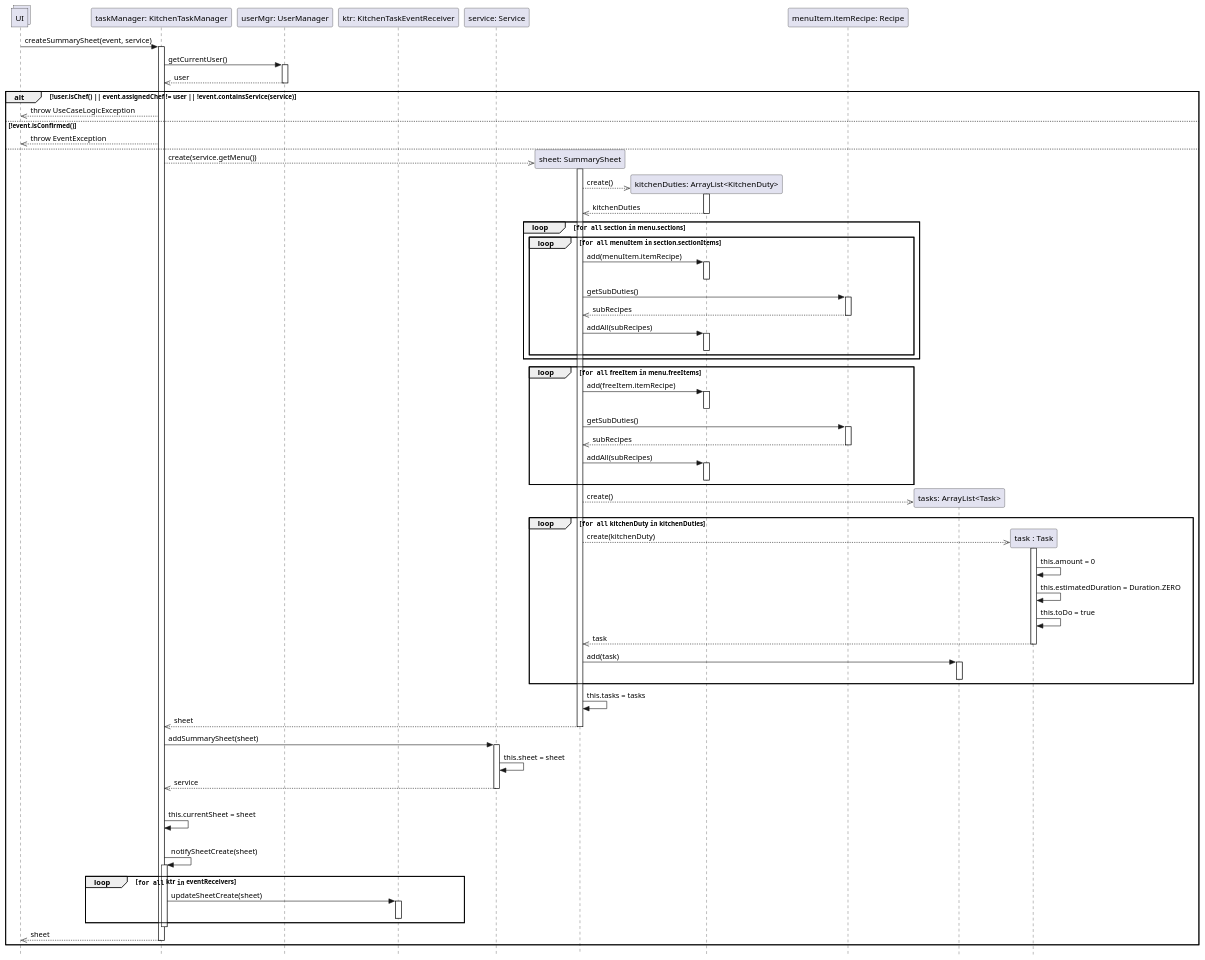
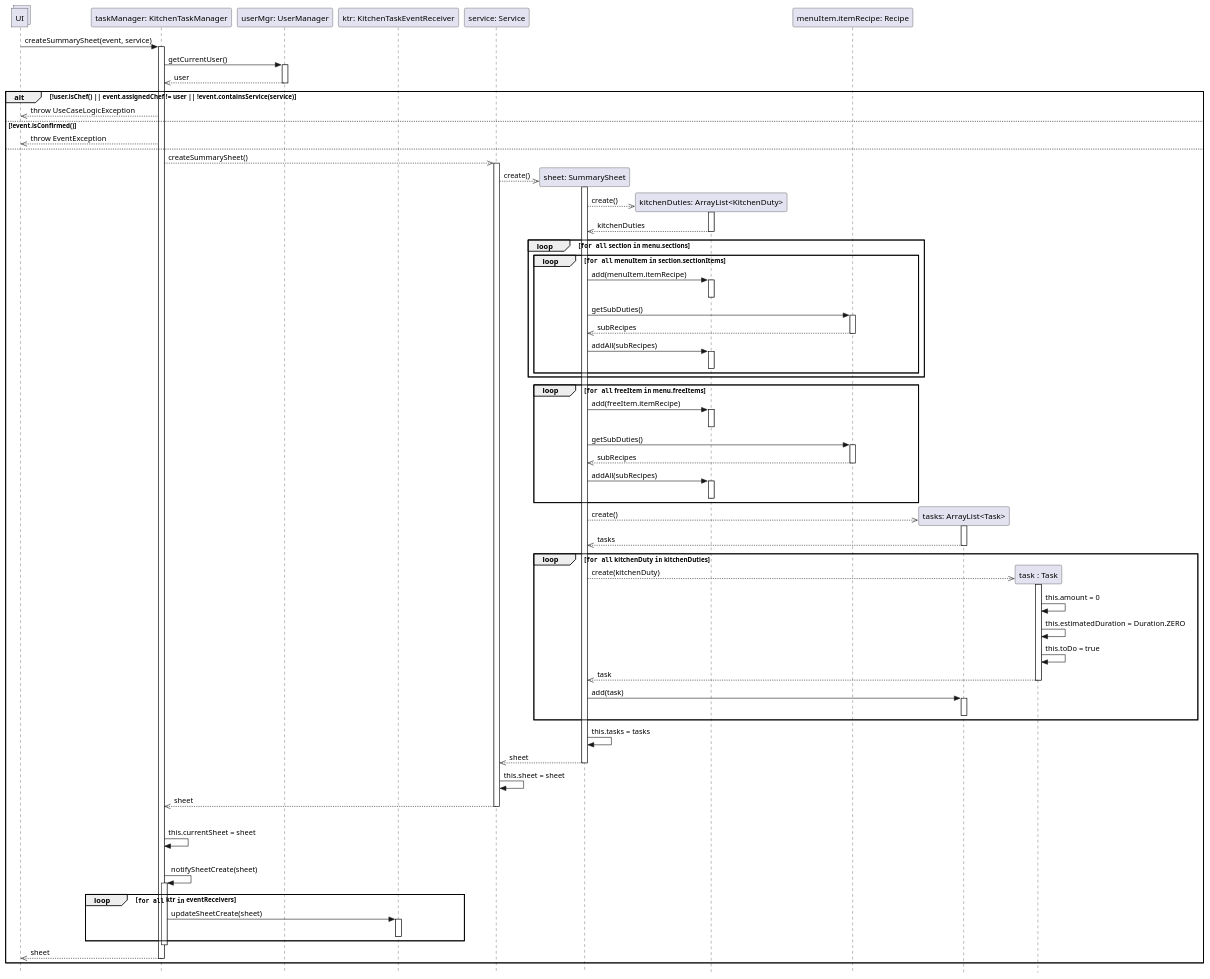
One commit to stefa168/sas-project changed the diagram in UP/Progettazione/UC Gestire Compiti Cucina/DSD/DSD Operazione 1.puml. Above: the diagram before and after it, drawn with PlantUML.

Commit message:
DSD Operazione 1 Gestire Compiti Cucina

```diff
--- a/UP/Progettazione/UC Gestire Compiti Cucina/DSD/DSD Operazione 1.puml
+++ b/UP/Progettazione/UC Gestire Compiti Cucina/DSD/DSD Operazione 1.puml
@@ -1,113 +1,116 @@
 @startuml Operazione 1
 skinparam Style strictuml
 
 collections UI
 
 participant "taskManager: KitchenTaskManager" as tm
 UI -> tm: createSummarySheet(event, service)
 activate tm
 
 participant "userMgr: UserManager" as um
 participant "ktr: KitchenTaskEventReceiver" as ktr
 participant "service: Service" as service
 tm -> um: getCurrentUser()
 activate um
 tm <<-- um: user
 deactivate um
 
 alt !user.isChef() || event.assignedChef != user || !event.containsService(service)
     UI <<-- tm: throw UseCaseLogicException
 else !event.isConfirmed()
     UI <<-- tm: throw EventException
 else
     participant "sheet: SummarySheet" as ss
-    tm -->> ss **: create(service.getMenu())
-    activate ss
+    tm -->> service: createSummarySheet()
+    activate service
 
-    participant "kitchenDuties: ArrayList<KitchenDuty>" as kdList
-    ss -->> kdList**: create()
-    activate kdList
-    return kitchenDuties
-    deactivate kdList
+        service -->>ss**: create()
+        activate ss
+
+            participant "kitchenDuties: ArrayList<KitchenDuty>" as kdList
+            ss -->> kdList**: create()
+            activate kdList
+                return kitchenDuties
+            deactivate kdList
     
-    loop ""for all"" section ""in"" menu.sections
-        loop ""for all"" menuItem ""in"" section.sectionItems
-            ss -> kdList: add(menuItem.itemRecipe)
-            activate kdList
-            deactivate kdList
+            loop ""for all"" section ""in"" menu.sections
+                loop ""for all"" menuItem ""in"" section.sectionItems
+                    ss -> kdList: add(menuItem.itemRecipe)
+                    activate kdList
+                    deactivate kdList
             
-            participant "menuItem.itemRecipe: Recipe" as recipe
-            ss -> recipe: getSubDuties()
-            activate recipe
-            ss <<-- recipe: subRecipes
-            deactivate recipe
+                    participant "menuItem.itemRecipe: Recipe" as recipe
+                    ss -> recipe: getSubDuties()
+                    activate recipe
+                        ss <<-- recipe: subRecipes
+                    deactivate recipe
 
-            ss -> kdList: addAll(subRecipes)
-            activate kdList
-            deactivate kdList
+                    ss -> kdList: addAll(subRecipes)
+                    activate kdList
+                    deactivate kdList
 
-        end
-    end
+                end
+            end
 
-    loop ""for all"" freeItem ""in"" menu.freeItems
-        ss -> kdList: add(freeItem.itemRecipe)
-        activate kdList
-        deactivate kdList
+            loop ""for all"" freeItem ""in"" menu.freeItems
+                ss -> kdList: add(freeItem.itemRecipe)
+                activate kdList
+                deactivate kdList
 
-        participant "freeItem.itemRecipe: Recipe" as recipe
-            ss -> recipe: getSubDuties()
-            activate recipe
-            ss <<-- recipe: subRecipes
-            deactivate recipe
+                participant "freeItem.itemRecipe: Recipe" as recipe
+                ss -> recipe: getSubDuties()
+                activate recipe
+                    ss <<-- recipe: subRecipes
+                deactivate recipe
 
-            ss -> kdList: addAll(subRecipes)
-            activate kdList
-            deactivate kdList
-    end
+                ss -> kdList: addAll(subRecipes)
+                activate kdList
+                deactivate kdList
+            end
 
-    participant "tasks: ArrayList<Task>" as tasks
-    ss -->> tasks**: create()
+            participant "tasks: ArrayList<Task>" as tasks
+            ss -->> tasks**: create()
+            activate tasks
+                ss <<-- tasks: tasks
+            deactivate tasks
 
-    loop ""for all"" kitchenDuty ""in"" kitchenDuties
-        participant "task : Task" as t
-        ss -->> t **: create(kitchenDuty)
-        activate t
-        t -> t: this.amount = 0
-        t -> t: this.estimatedDuration = Duration.ZERO
-        t -> t: this.toDo = true
-        return task
-        deactivate t
-        ss ->tasks: add(task)
-        activate tasks
-        deactivate tasks
-    end
+            loop ""for all"" kitchenDuty ""in"" kitchenDuties
+                participant "task : Task" as t
+                ss -->> t **: create(kitchenDuty)
+                activate t
+                    t -> t: this.amount = 0
+                    t -> t: this.estimatedDuration = Duration.ZERO
+                    t -> t: this.toDo = true
+                return task
+                deactivate t
+                ss ->tasks: add(task)
+                activate tasks
+                deactivate tasks
+            end
 
-    ss -> ss: this.tasks = tasks
-    tm <<-- ss: sheet
-    deactivate ss
-
-    tm -> service: addSummarySheet(sheet)
-    activate service
-    service->service:this.sheet = sheet
-    tm <<-- service: service
+            ss -> ss: this.tasks = tasks
+            service <<-- ss: sheet
+        deactivate ss
+        service->service:this.sheet = sheet
+        tm <<-- service: sheet
     deactivate service
 
     |||
     tm -> tm: this.currentSheet = sheet
     |||
     tm -> tm: notifySheetCreate(sheet)
     activate tm
     loop ""for all"" ktr ""in"" eventReceivers
         tm -> ktr : updateSheetCreate(sheet)
         activate ktr
         deactivate ktr
     end
     deactivate tm
 
 
     UI <<-- tm: sheet
     deactivate tm
     
 end
 
 @enduml
```
